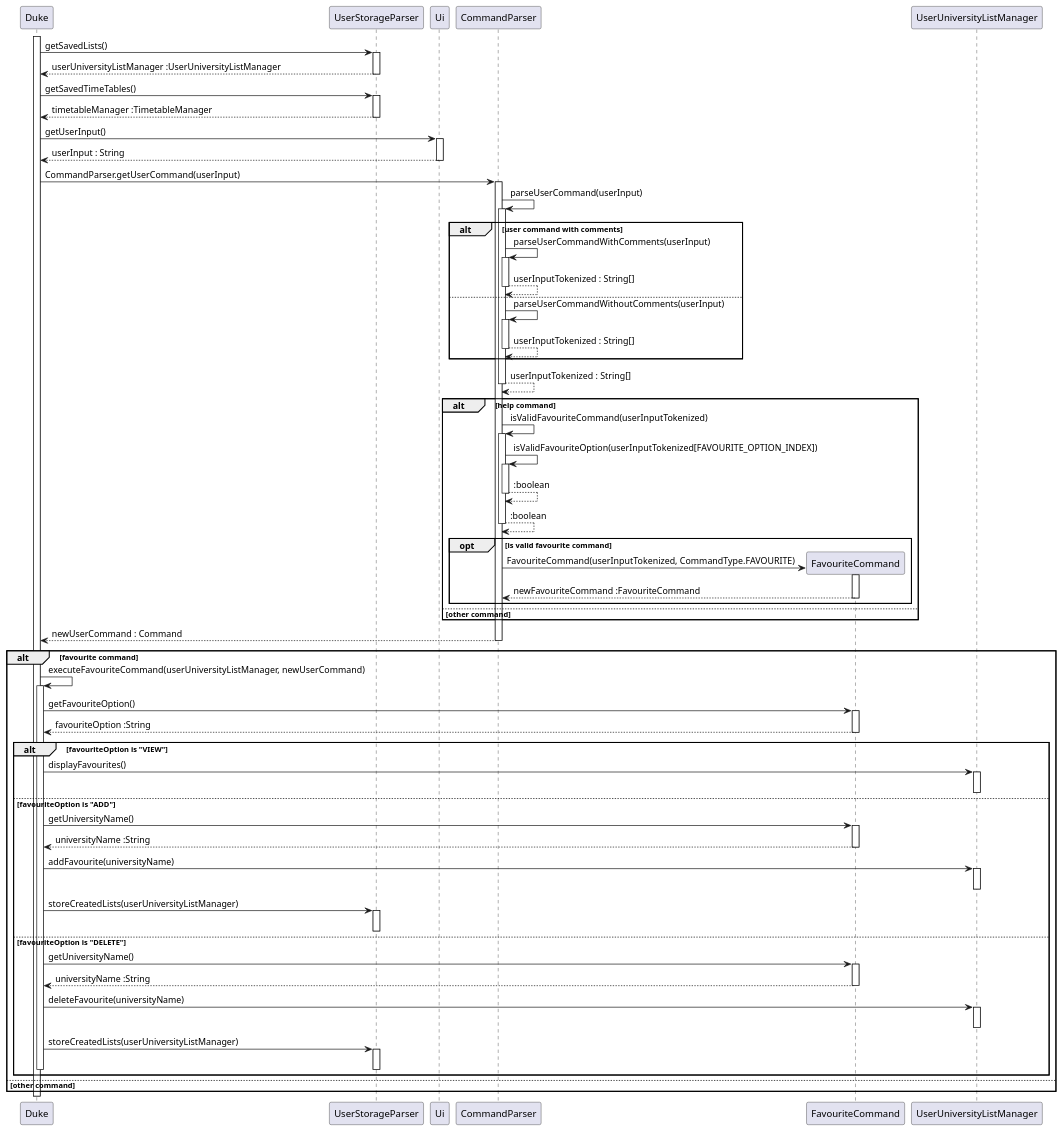
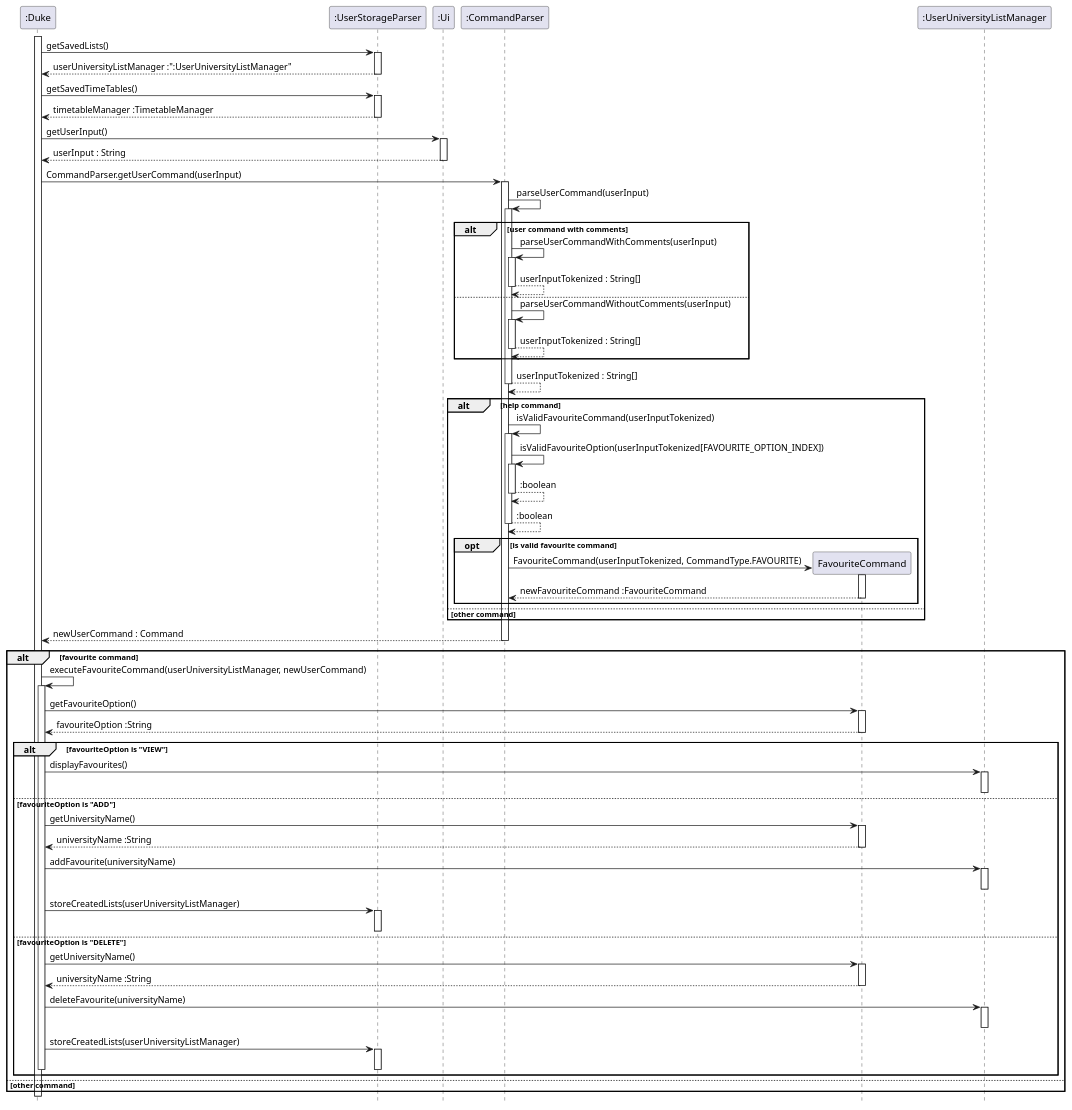
The diagram in docs/diagrams/FavouriteCommand_Sequence.puml (nus-cs2113-AY2223S1/tp), drawn with PlantUML before and after one commit. The commit also changed 7 other files, not shown here.

Commit message:
Update sequence diagrams

```diff
--- a/docs/diagrams/FavouriteCommand_Sequence.puml
+++ b/docs/diagrams/FavouriteCommand_Sequence.puml
@@ -1,129 +1,130 @@
 @startuml
+hide footbox
 
-activate Duke
+activate ":Duke"
 
-Duke -> UserStorageParser : getSavedLists()
-activate UserStorageParser
+":Duke" -> ":UserStorageParser" : getSavedLists()
+activate ":UserStorageParser"
 
-UserStorageParser --> Duke : userUniversityListManager :UserUniversityListManager
-deactivate UserStorageParser
+":UserStorageParser" --> ":Duke" : userUniversityListManager :":UserUniversityListManager"
+deactivate ":UserStorageParser"
 
-Duke -> UserStorageParser : getSavedTimeTables()
-activate UserStorageParser
+":Duke" -> ":UserStorageParser" : getSavedTimeTables()
+activate ":UserStorageParser"
 
-UserStorageParser --> Duke : timetableManager :TimetableManager
-deactivate UserStorageParser
+":UserStorageParser" --> ":Duke" : timetableManager :TimetableManager
+deactivate ":UserStorageParser"
 
-Duke -> Ui : getUserInput()
-activate Ui
+":Duke" -> ":Ui" : getUserInput()
+activate ":Ui"
 
-Ui --> Duke : userInput : String
-deactivate Ui
+":Ui" --> ":Duke" : userInput : String
+deactivate ":Ui"
 
-Duke -> CommandParser : CommandParser.getUserCommand(userInput)
-activate CommandParser
+":Duke" -> ":CommandParser" : CommandParser.getUserCommand(userInput)
+activate ":CommandParser"
 
-CommandParser -> CommandParser : parseUserCommand(userInput)
-activate CommandParser
+":CommandParser" -> ":CommandParser" : parseUserCommand(userInput)
+activate ":CommandParser"
 
 alt user command with comments
-    CommandParser -> CommandParser : parseUserCommandWithComments(userInput)
-    activate CommandParser
+    ":CommandParser" -> ":CommandParser" : parseUserCommandWithComments(userInput)
+    activate ":CommandParser"
 
-    CommandParser --> CommandParser : userInputTokenized : String[]
-    deactivate CommandParser
+    ":CommandParser" --> ":CommandParser" : userInputTokenized : String[]
+    deactivate ":CommandParser"
 
 else
-    CommandParser -> CommandParser : parseUserCommandWithoutComments(userInput)
-    activate CommandParser
+    ":CommandParser" -> ":CommandParser" : parseUserCommandWithoutComments(userInput)
+    activate ":CommandParser"
 
-    CommandParser --> CommandParser : userInputTokenized : String[]
-    deactivate CommandParser 
+    ":CommandParser" --> ":CommandParser" : userInputTokenized : String[]
+    deactivate ":CommandParser"
 end
 
-CommandParser --> CommandParser : userInputTokenized : String[]
-deactivate CommandParser
+":CommandParser" --> ":CommandParser" : userInputTokenized : String[]
+deactivate ":CommandParser"
 
 alt help command
 
-    CommandParser -> CommandParser : isValidFavouriteCommand(userInputTokenized)
-    activate CommandParser
+    ":CommandParser" -> ":CommandParser" : isValidFavouriteCommand(userInputTokenized)
+    activate ":CommandParser"
 
-    CommandParser -> CommandParser : isValidFavouriteOption(userInputTokenized[FAVOURITE_OPTION_INDEX])
-    activate CommandParser
+    ":CommandParser" -> ":CommandParser" : isValidFavouriteOption(userInputTokenized[FAVOURITE_OPTION_INDEX])
+    activate ":CommandParser"
 
-    CommandParser --> CommandParser : :boolean
-    deactivate CommandParser
+    ":CommandParser" --> ":CommandParser" : :boolean
+    deactivate ":CommandParser"
 
-    CommandParser --> CommandParser : :boolean
-    deactivate CommandParser
+    ":CommandParser" --> ":CommandParser" : :boolean
+    deactivate ":CommandParser"
 
     opt is valid favourite command
 
         create FavouriteCommand
-        CommandParser -> FavouriteCommand : FavouriteCommand(userInputTokenized, CommandType.FAVOURITE)
+        ":CommandParser" -> FavouriteCommand : FavouriteCommand(userInputTokenized, CommandType.FAVOURITE)
         activate FavouriteCommand
 
-        FavouriteCommand --> CommandParser : newFavouriteCommand :FavouriteCommand
+        FavouriteCommand --> ":CommandParser" : newFavouriteCommand :FavouriteCommand
         deactivate FavouriteCommand
     end
 
 else other command
 
 end
 
-CommandParser --> Duke : newUserCommand : Command
-deactivate CommandParser
+":CommandParser" --> ":Duke" : newUserCommand : Command
+deactivate ":CommandParser"
 
 alt favourite command
 
-Duke -> Duke : executeFavouriteCommand(userUniversityListManager, newUserCommand)
-activate Duke
+":Duke" -> ":Duke" : executeFavouriteCommand(userUniversityListManager, newUserCommand)
+activate ":Duke"
 
-Duke -> FavouriteCommand : getFavouriteOption()
+":Duke" -> FavouriteCommand : getFavouriteOption()
 activate FavouriteCommand
 
-FavouriteCommand --> Duke : favouriteOption :String
+FavouriteCommand --> ":Duke" : favouriteOption :String
 deactivate FavouriteCommand
 
 alt favouriteOption is "VIEW"
-Duke -> UserUniversityListManager : displayFavourites()
-activate UserUniversityListManager
+":Duke" -> ":UserUniversityListManager" : displayFavourites()
+activate ":UserUniversityListManager"
 
-deactivate UserUniversityListManager
+deactivate ":UserUniversityListManager"
 else favouriteOption is "ADD"
-Duke -> FavouriteCommand : getUniversityName()
+":Duke" -> FavouriteCommand : getUniversityName()
 activate FavouriteCommand
 
-FavouriteCommand --> Duke : universityName :String
+FavouriteCommand --> ":Duke" : universityName :String
 deactivate FavouriteCommand
-Duke -> UserUniversityListManager : addFavourite(universityName)
-activate UserUniversityListManager
+":Duke" -> ":UserUniversityListManager" : addFavourite(universityName)
+activate ":UserUniversityListManager"
 
-deactivate UserUniversityListManager
-Duke -> UserStorageParser : storeCreatedLists(userUniversityListManager)
-activate UserStorageParser
+deactivate ":UserUniversityListManager"
+":Duke" -> ":UserStorageParser" : storeCreatedLists(userUniversityListManager)
+activate ":UserStorageParser"
 
-deactivate UserStorageParser
+deactivate ":UserStorageParser"
 else favouriteOption is "DELETE"
-Duke -> FavouriteCommand : getUniversityName()
+":Duke" -> FavouriteCommand : getUniversityName()
 activate FavouriteCommand
 
-FavouriteCommand --> Duke : universityName :String
+FavouriteCommand --> ":Duke" : universityName :String
 deactivate FavouriteCommand
-Duke -> UserUniversityListManager : deleteFavourite(universityName)
-activate UserUniversityListManager
+":Duke" -> ":UserUniversityListManager" : deleteFavourite(universityName)
+activate ":UserUniversityListManager"
 
-deactivate UserUniversityListManager
-Duke -> UserStorageParser : storeCreatedLists(userUniversityListManager)
-activate UserStorageParser
+deactivate ":UserUniversityListManager"
+":Duke" -> ":UserStorageParser" : storeCreatedLists(userUniversityListManager)
+activate ":UserStorageParser"
 
-deactivate UserStorageParser
+deactivate ":UserStorageParser"
 
-deactivate Duke
+deactivate ":Duke"
 end
 else other command
 end
-deactivate Duke
+deactivate ":Duke"
 
 @enduml
```
